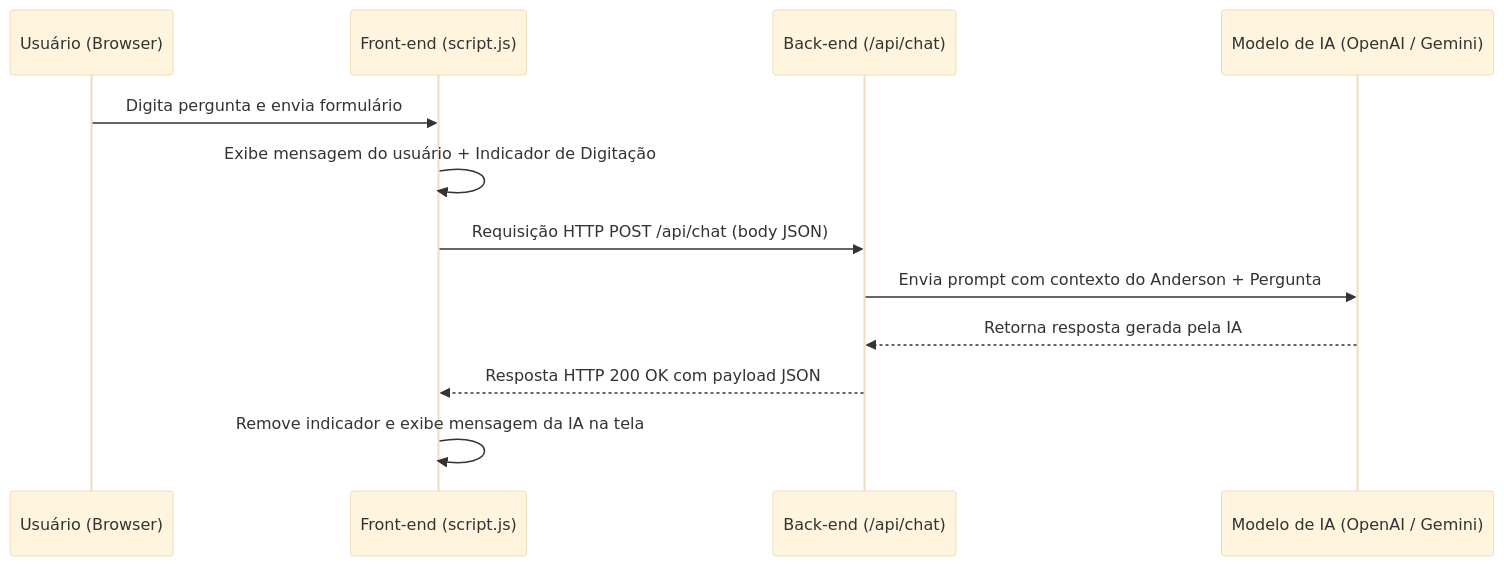
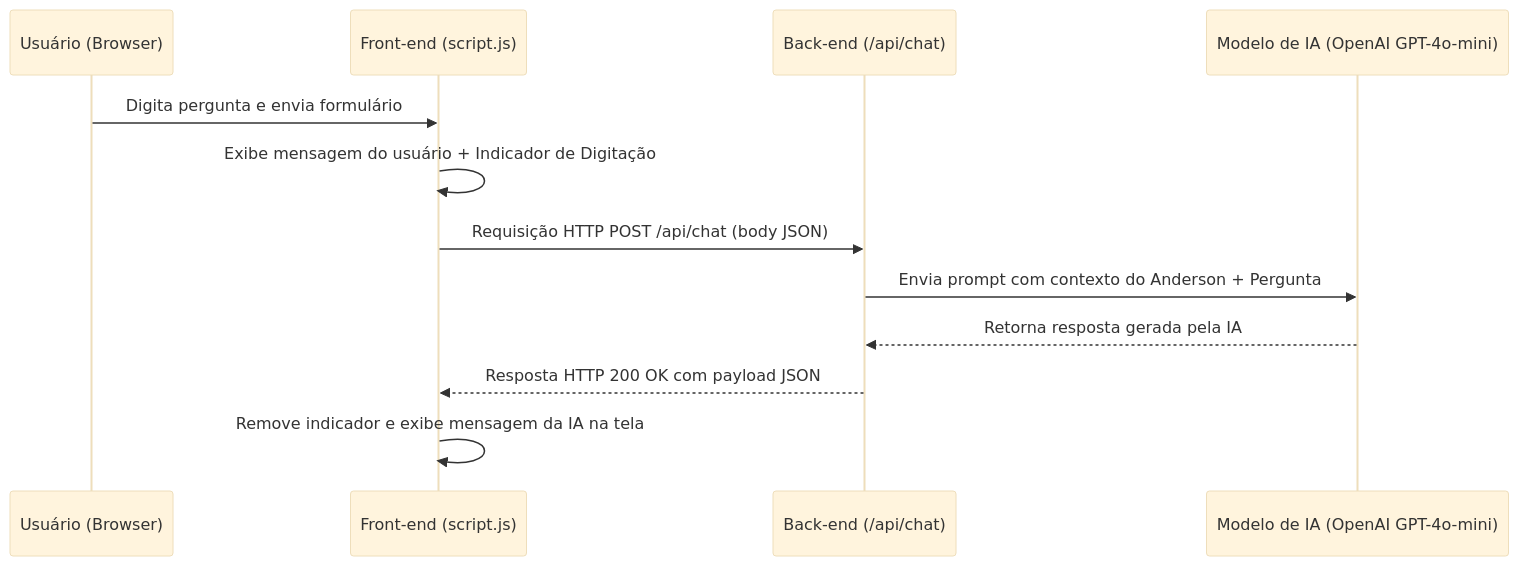
One commit to aisidoro87/meu-portfolio changed the diagram in README.md. Above: the diagram before and after it, drawn with Mermaid (base theme). The commit also changed other lines of this file, not shown here.

````diff
--- a/README.md
+++ b/README.md
@@ -141,15 +154,15 @@
 ```mermaid
 sequenceDiagram
     participant U as Usuário (Browser)
     participant F as Front-end (script.js)
     participant B as Back-end (/api/chat)
-    participant IA as Modelo de IA (OpenAI / Gemini)
+    participant IA as Modelo de IA (OpenAI GPT-4o-mini)
 
     U->>F: Digita pergunta e envia formulário
     F->>F: Exibe mensagem do usuário + Indicador de Digitação
     F->>B: Requisição HTTP POST /api/chat (body JSON)
     B->>IA: Envia prompt com contexto do Anderson + Pergunta
     IA-->>B: Retorna resposta gerada pela IA
     B-->>F: Resposta HTTP 200 OK com payload JSON
     F->>F: Remove indicador e exibe mensagem da IA na tela
 ```
````
